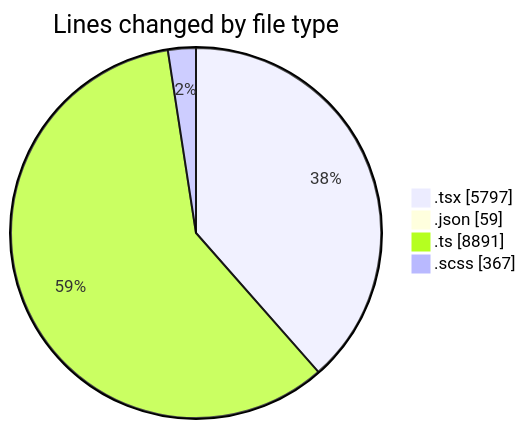
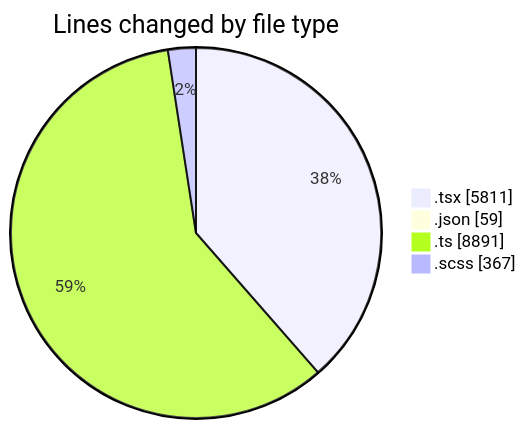
Before and after one commit to momahboobian/code-tracking: the first of 2 diagrams in 2025-11-24/cda/README.md, drawn with Mermaid. The commit also changed other lines of this file and 1 other file, not shown here.

````diff
--- a/2025-11-24/cda/README.md
+++ b/2025-11-24/cda/README.md
@@ -38,8 +38,8 @@
 ```mermaid
 pie showData
 title Lines changed by file type
-".tsx" : 5797
+".tsx" : 5811
 ".json" : 59
 ".ts" : 8891
 ".scss" : 367
 ```
````
